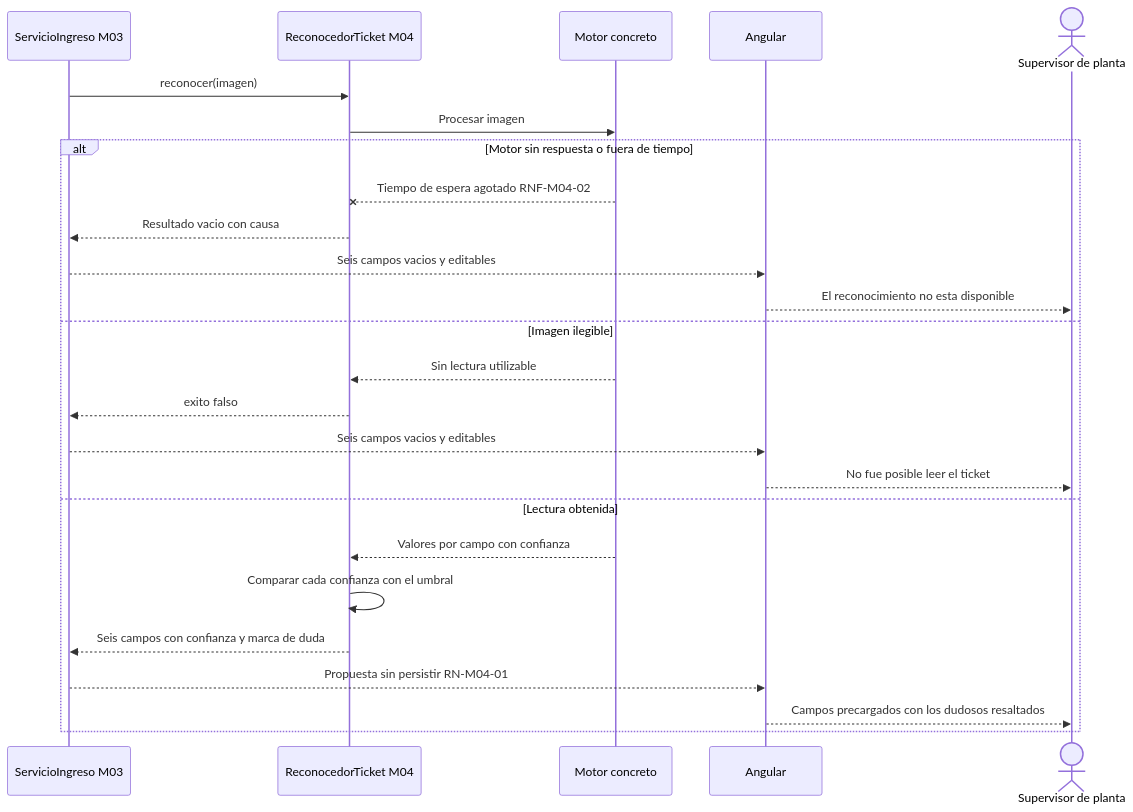
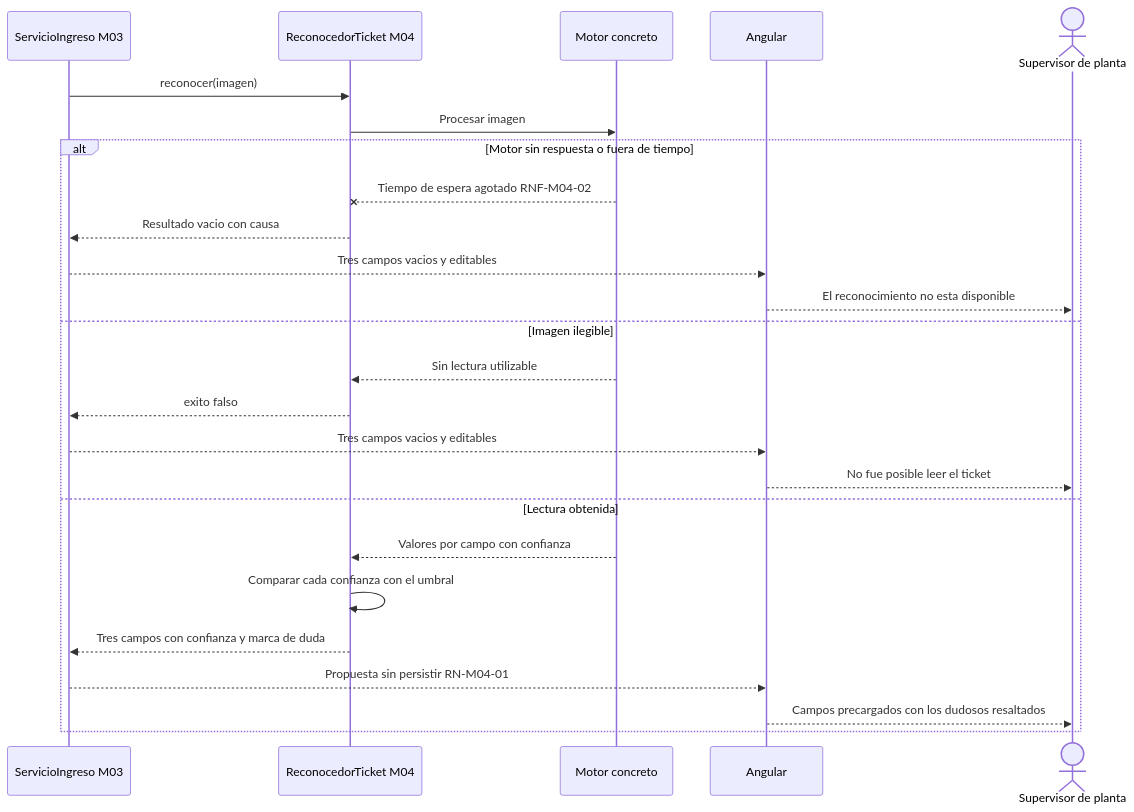
One commit to adlerOmonte1/LogisticaMinera changed the first of 3 diagrams in docs/modulos/M04-reconocimiento/diagramas/secuencia.md. Above: the diagram before and after it, drawn with Mermaid. The commit also changed 12 other files, not shown here.

````diff
--- a/docs/modulos/M04-reconocimiento/diagramas/secuencia.md
+++ b/docs/modulos/M04-reconocimiento/diagramas/secuencia.md
@@ -5,29 +5,29 @@
 ```mermaid
 sequenceDiagram
     participant SRV as ServicioIngreso M03
     participant REC as ReconocedorTicket M04
     participant MOT as Motor concreto
     participant NG as Angular
     actor S as Supervisor de planta
 
     SRV->>REC: reconocer(imagen)
     REC->>MOT: Procesar imagen
 
     alt Motor sin respuesta o fuera de tiempo
         MOT--xREC: Tiempo de espera agotado RNF-M04-02
         REC-->>SRV: Resultado vacio con causa
-        SRV-->>NG: Seis campos vacios y editables
+        SRV-->>NG: Tres campos vacios y editables
         NG-->>S: El reconocimiento no esta disponible
     else Imagen ilegible
         MOT-->>REC: Sin lectura utilizable
         REC-->>SRV: exito falso
-        SRV-->>NG: Seis campos vacios y editables
+        SRV-->>NG: Tres campos vacios y editables
         NG-->>S: No fue posible leer el ticket
     else Lectura obtenida
         MOT-->>REC: Valores por campo con confianza
         REC->>REC: Comparar cada confianza con el umbral
-        REC-->>SRV: Seis campos con confianza y marca de duda
+        REC-->>SRV: Tres campos con confianza y marca de duda
         SRV-->>NG: Propuesta sin persistir RN-M04-01
         NG-->>S: Campos precargados con los dudosos resaltados
     end
 ```
````
